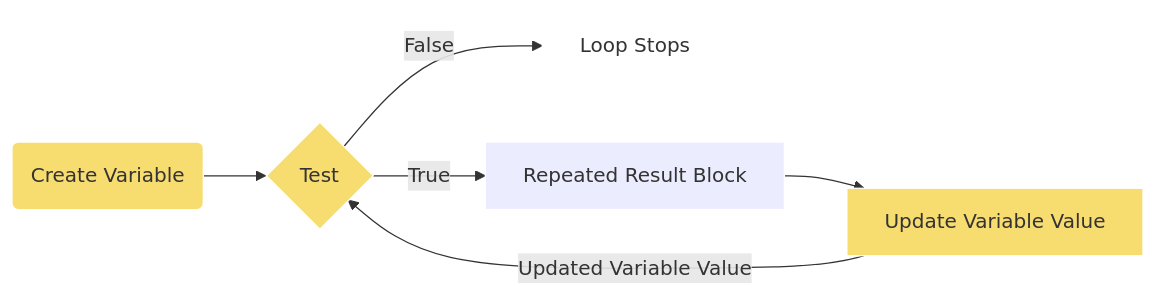
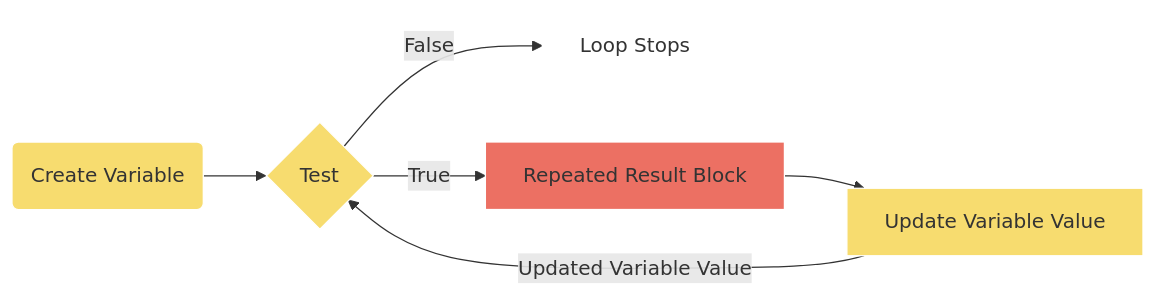
One commit to lsu-ddem/pathways-site changed the first of 2 diagrams in content/1_IntroToCoding/2_MakingThings_Happen/3_Lesson_3/index.md. Above: the diagram before and after it, drawn with Mermaid.

Commit message:
Update Do it again “index”

```diff
--- a/content/1_IntroToCoding/2_MakingThings_Happen/3_Lesson_3/index.md
+++ b/content/1_IntroToCoding/2_MakingThings_Happen/3_Lesson_3/index.md
@@ -23,13 +23,13 @@
 {{<mermaid align="center">}}
 graph LR 
 H(Create Variable)-->A
  A-->|False| E[Loop Stops]
 A{Test} -->|True| B[Repeated Result Block]
 B-->C[Update Variable Value]
 C-->|Updated Variable Value|A
 style A fill:  #f7dc6f , stroke:#FFFFFF;
-style B fill:  # #ec7063, stroke:#FFFFFF;
+style B fill:  #ec7063, stroke:#FFFFFF;
 style C fill:  #f7dc6f ,stroke:#FFFFFF;
 style E fill: #FFFFFF, stroke:#FFFFFF;
 style H fill:  #f7dc6f ,stroke:#FFFFFF;
 {{< /mermaid >}}
```
